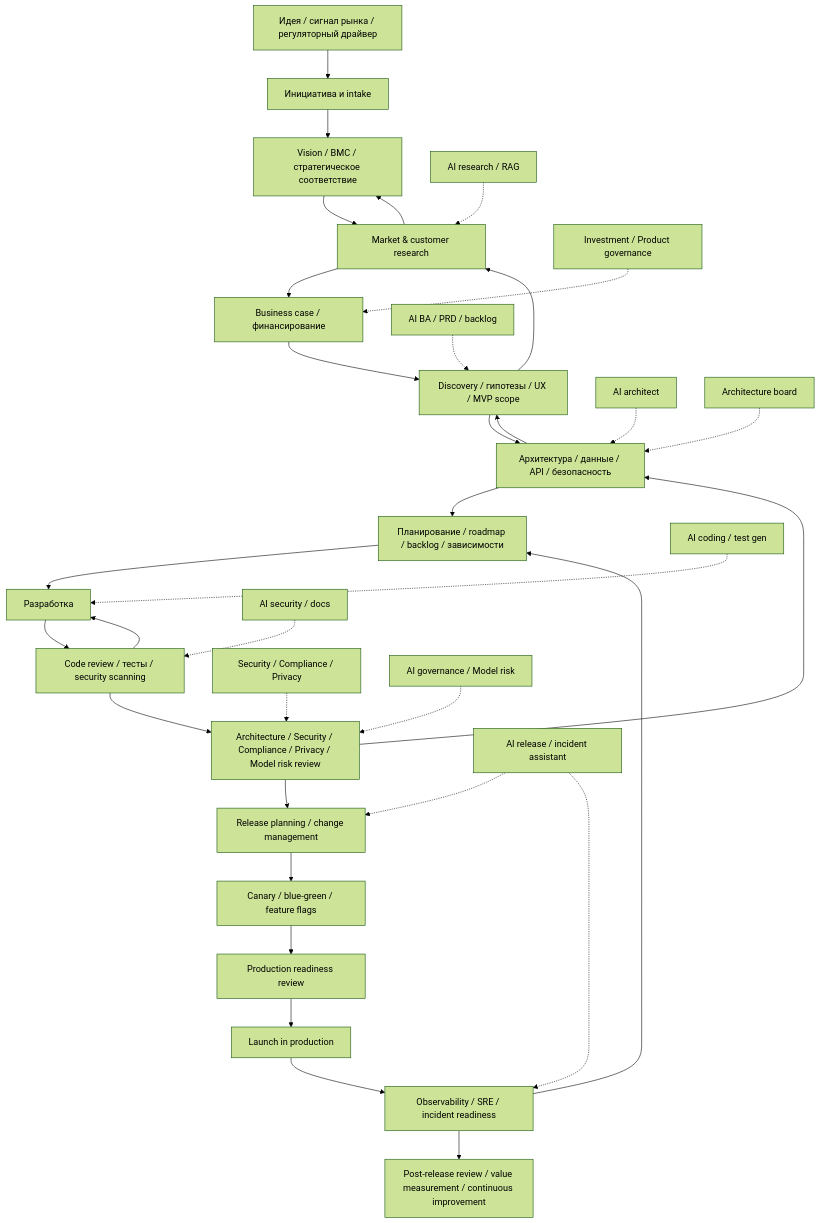
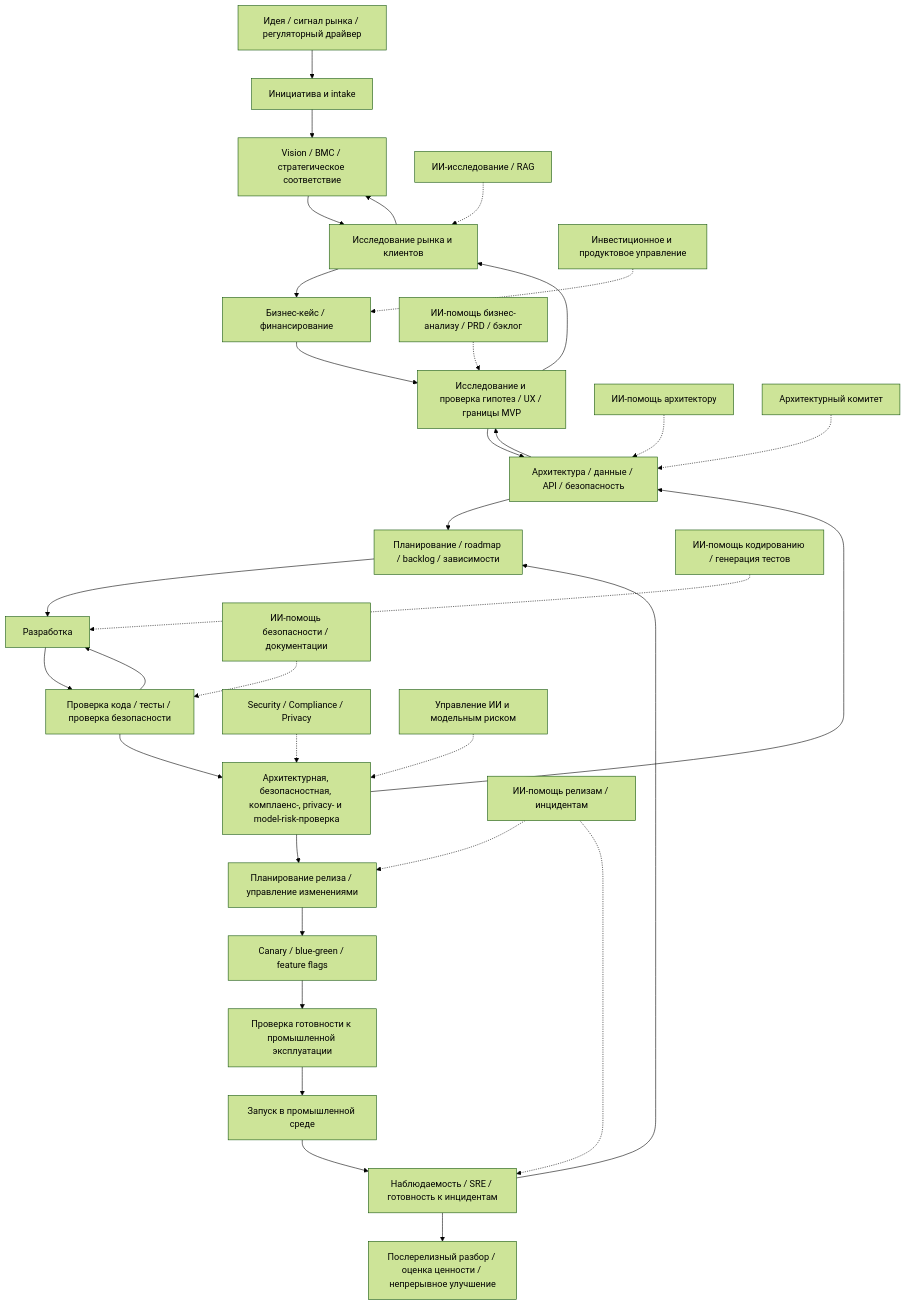
One commit to RussianLioN/datacanvas changed the first of 4 diagrams in docs/process/methodology/ai-enabled-software-development-process-research.md. Above: the diagram before and after it, drawn with Mermaid (forest theme). The commit also changed other lines of this file and 10 other files, not shown here.

````diff
--- a/docs/process/methodology/ai-enabled-software-development-process-research.md
+++ b/docs/process/methodology/ai-enabled-software-development-process-research.md
@@ -55,39 +61,39 @@
 ```mermaid
 flowchart TD
     A[Идея / сигнал рынка / регуляторный драйвер] --> B[Инициатива и intake]
     B --> C[Vision / BMC / стратегическое соответствие]
-    C --> D[Market & customer research]
-    D --> E[Business case / финансирование]
-    E --> F[Discovery / гипотезы / UX / MVP scope]
+    C --> D[Исследование рынка и клиентов]
+    D --> E[Бизнес-кейс / финансирование]
+    E --> F[Исследование и проверка гипотез / UX / границы MVP]
     F --> G[Архитектура / данные / API / безопасность]
     G --> H[Планирование / roadmap / backlog / зависимости]
     H --> I[Разработка]
-    I --> J[Code review / тесты / security scanning]
-    J --> K[Architecture / Security / Compliance / Privacy / Model risk review]
-    K --> L[Release planning / change management]
+    I --> J[Проверка кода / тесты / проверка безопасности]
+    J --> K[Архитектурная, безопасностная, комплаенс-, privacy- и model-risk-проверка]
+    K --> L[Планирование релиза / управление изменениями]
     L --> M[Canary / blue-green / feature flags]
-    M --> N[Production readiness review]
-    N --> O[Launch in production]
-    O --> P[Observability / SRE / incident readiness]
-    P --> Q[Post-release review / value measurement / continuous improvement]
+    M --> N[Проверка готовности к промышленной эксплуатации]
+    N --> O[Запуск в промышленной среде]
+    O --> P[Наблюдаемость / SRE / готовность к инцидентам]
+    P --> Q[Послерелизный разбор / оценка ценности / непрерывное улучшение]
 
     D --> C
     F --> D
     G --> F
     J --> I
     K --> G
     P --> H
 
-    AI1[AI research / RAG] -.-> D
-    AI2[AI BA / PRD / backlog] -.-> F
-    AI3[AI architect] -.-> G
-    AI4[AI coding / test gen] -.-> I
-    AI5[AI security / docs] -.-> J
-    AI6[AI release / incident assistant] -.-> L
+    AI1[ИИ-исследование / RAG] -.-> D
+    AI2[ИИ-помощь бизнес-анализу / PRD / бэклог] -.-> F
+    AI3[ИИ-помощь архитектору] -.-> G
+    AI4[ИИ-помощь кодированию / генерация тестов] -.-> I
+    AI5[ИИ-помощь безопасности / документации] -.-> J
+    AI6[ИИ-помощь релизам / инцидентам] -.-> L
     AI6 -.-> P
 
-    GOV1[Investment / Product governance] -.-> E
-    GOV2[Architecture board] -.-> G
+    GOV1[Инвестиционное и продуктовое управление] -.-> E
+    GOV2[Архитектурный комитет] -.-> G
     GOV3[Security / Compliance / Privacy] -.-> K
-    GOV4[AI governance / Model risk] -.-> K
+    GOV4[Управление ИИ и модельным риском] -.-> K
 ```
````
